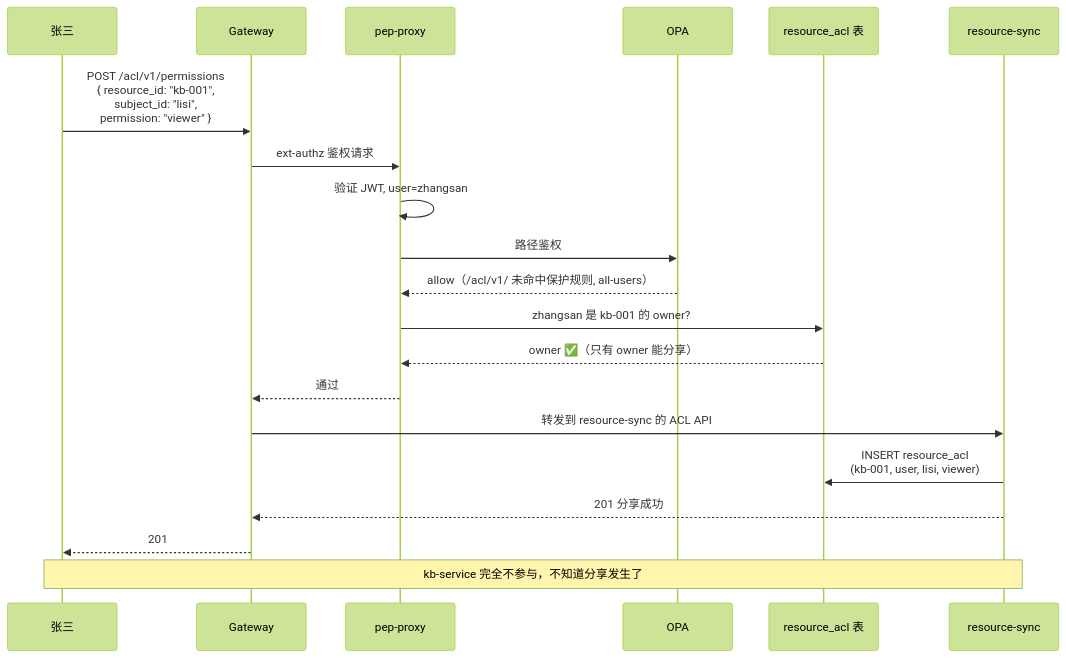
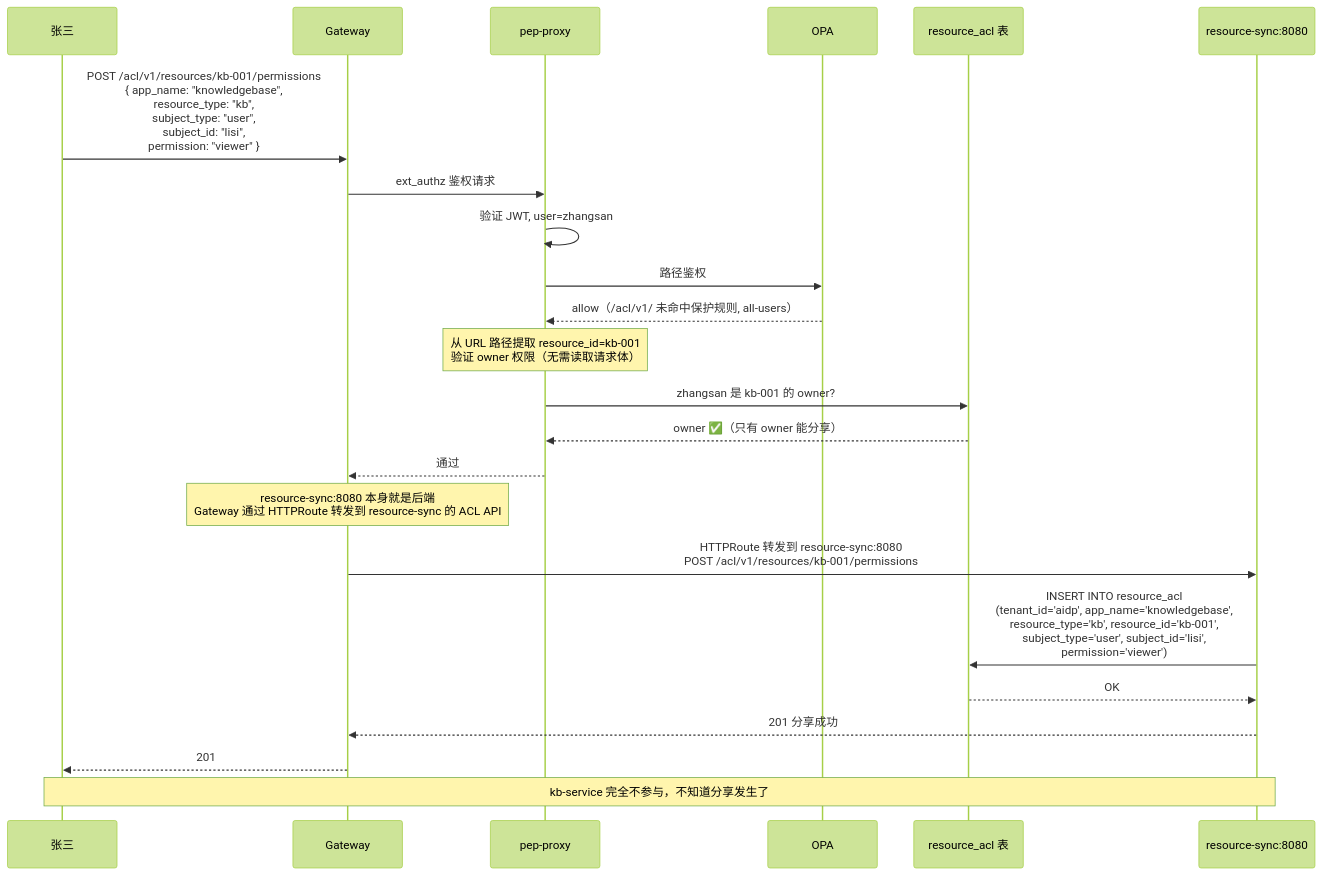
Before and after one commit to xiewanchao/aidp-iam: diagram 12 of 15 in diagrams/request-flow.md, drawn with Mermaid (forest theme). The commit also changed other lines of this file and 5 other files, not shown here.

````diff
--- a/diagrams/request-flow.md
+++ b/diagrams/request-flow.md
@@ -397,24 +449,28 @@
 ```mermaid
 sequenceDiagram
     participant U as 张三
     participant GW as Gateway
     participant PEP as pep-proxy
     participant OPA as OPA
     participant DB as resource_acl 表
-    participant RS as resource-sync
+    participant RS as resource-sync:8080
 
-    U->>GW: POST /acl/v1/permissions<br/>{ resource_id: "kb-001",<br/>  subject_id: "lisi",<br/>  permission: "viewer" }
-    GW->>PEP: ext-authz 鉴权请求
+    U->>GW: POST /acl/v1/resources/kb-001/permissions<br/>{ app_name: "knowledgebase",<br/>  resource_type: "kb",<br/>  subject_type: "user",<br/>  subject_id: "lisi",<br/>  permission: "viewer" }
+    GW->>PEP: ext_authz 鉴权请求
     PEP->>PEP: 验证 JWT, user=zhangsan
     PEP->>OPA: 路径鉴权
     OPA-->>PEP: allow（/acl/v1/ 未命中保护规则, all-users）
+    Note over PEP: 从 URL 路径提取 resource_id=kb-001<br/>验证 owner 权限（无需读取请求体）
     PEP->>DB: zhangsan 是 kb-001 的 owner?
     DB-->>PEP: owner ✅（只有 owner 能分享）
     PEP-->>GW: 通过
-    GW->>RS: 转发到 resource-sync 的 ACL API
-    RS->>DB: INSERT resource_acl<br/>(kb-001, user, lisi, viewer)
+
+    Note over GW: resource-sync:8080 本身就是后端<br/>Gateway 通过 HTTPRoute 转发到 resource-sync 的 ACL API
+    GW->>RS: HTTPRoute 转发到 resource-sync:8080<br/>POST /acl/v1/resources/kb-001/permissions
+    RS->>DB: INSERT INTO resource_acl<br/>(tenant_id='aidp', app_name='knowledgebase',<br/>resource_type='kb', resource_id='kb-001',<br/>subject_type='user', subject_id='lisi',<br/>permission='viewer')
+    DB-->>RS: OK
     RS-->>GW: 201 分享成功
     GW-->>U: 201
 
     Note over U,RS: kb-service 完全不参与，不知道分享发生了
 ```
````
